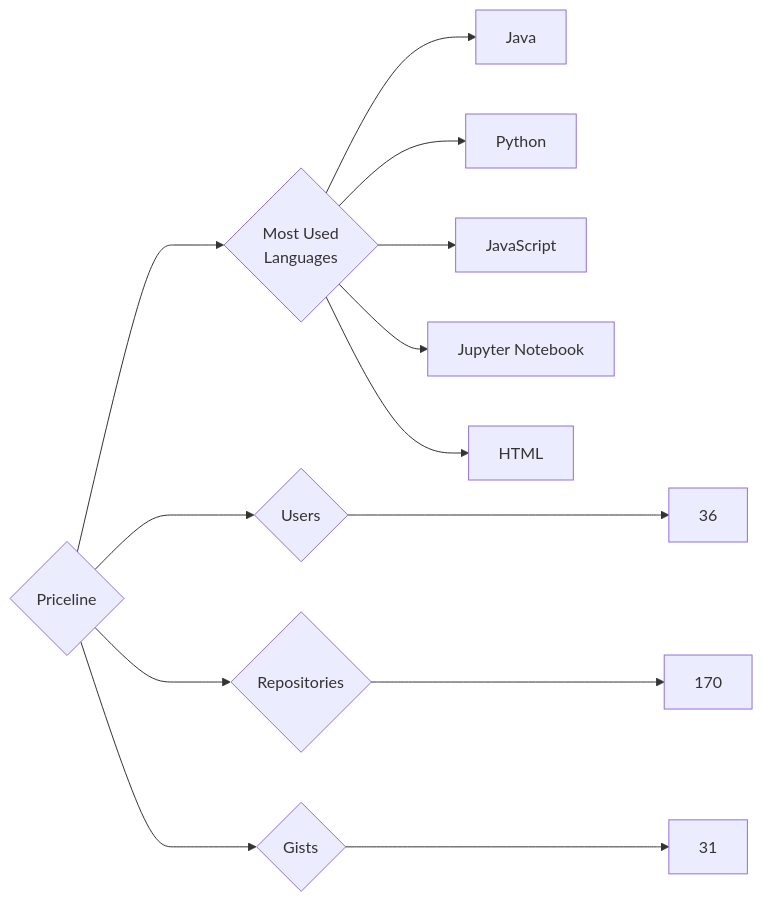
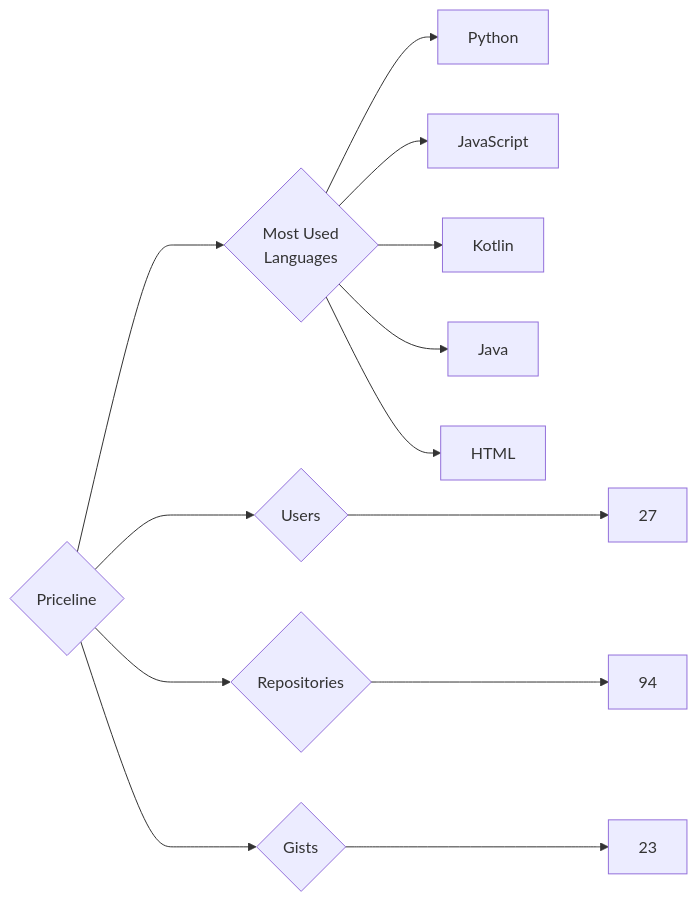
One commit to trickest/insiders changed the diagram in targets/Priceline/README.md. Above: the diagram before and after it, drawn with Mermaid. The commit also changed 898 other files, not shown here.

````diff
--- a/targets/Priceline/README.md
+++ b/targets/Priceline/README.md
@@ -3,13 +3,13 @@
 ```mermaid
 graph LR
 COMPANY_NAME{Priceline}
-COMPANY_NAME ---> U{Users} ---> UN[36]
-COMPANY_NAME ---> R{Repositories} ---> RN[170]
-COMPANY_NAME ---> G{Gists} ---> GN[31]
+COMPANY_NAME ---> U{Users} ---> UN[27]
+COMPANY_NAME ---> R{Repositories} ---> RN[94]
+COMPANY_NAME ---> G{Gists} ---> GN[23]
 COMPANY_NAME ---> ML{Most Used<br>Languages}
-ML --> Java[Java]
 ML --> Python[Python]
 ML --> JavaScript[JavaScript]
-ML --> Jupyter_Notebook[Jupyter Notebook]
+ML --> Kotlin[Kotlin]
+ML --> Java[Java]
 ML --> HTML[HTML]
 ```
````
